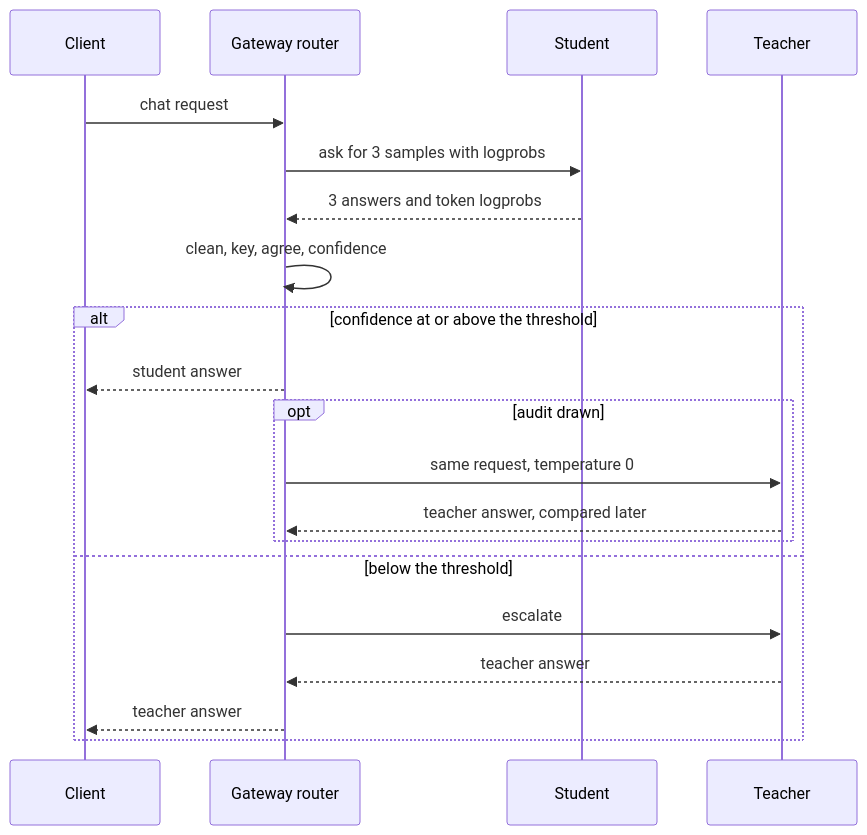
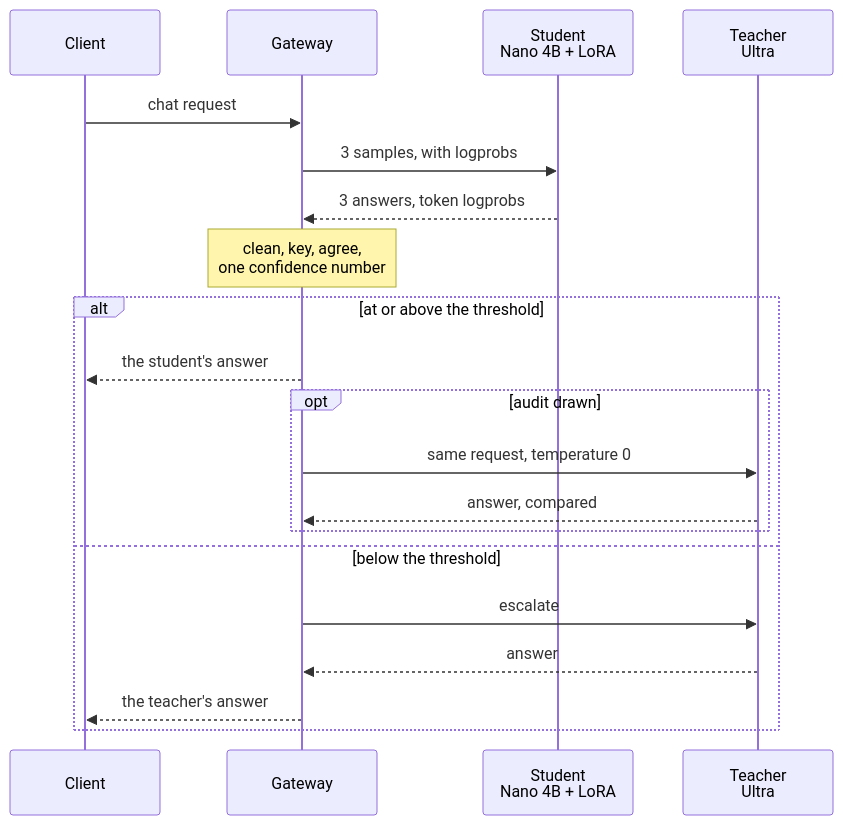
The first of 4 diagrams in docs-site/src/content/docs/guides/confidence.mdx (harshbhx/ratchet), drawn with Mermaid before and after one commit. The commit also changed other lines of this file and 25 other files, not shown here.

````diff
--- a/docs-site/src/content/docs/guides/confidence.mdx
+++ b/docs-site/src/content/docs/guides/confidence.mdx
@@ -27,22 +40,22 @@
 ```mermaid
 sequenceDiagram
-    participant C as Client
-    participant G as Gateway router
-    participant S as Student
-    participant T as Teacher
-    C->>G: chat request
-    G->>S: ask for 3 samples with logprobs
-    S-->>G: 3 answers and token logprobs
-    G->>G: clean, key, agree, confidence
-    alt confidence at or above the threshold
-        G-->>C: student answer
-        opt audit drawn
-            G->>T: same request, temperature 0
-            T-->>G: teacher answer, compared later
-        end
-    else below the threshold
-        G->>T: escalate
-        T-->>G: teacher answer
-        G-->>C: teacher answer
+  participant C as Client
+  participant G as Gateway
+  participant Student as Student<br/>Nano 4B + LoRA
+  participant Teacher as Teacher<br/>Ultra
+  C->>G: chat request
+  G->>Student: 3 samples, with logprobs
+  Student-->>G: 3 answers, token logprobs
+  Note over G: clean, key, agree,<br/>one confidence number
+  alt at or above the threshold
+    G-->>C: the student's answer
+    opt audit drawn
+      G->>Teacher: same request, temperature 0
+      Teacher-->>G: answer, compared
     end
+  else below the threshold
+    G->>Teacher: escalate
+    Teacher-->>G: answer
+    G-->>C: the teacher's answer
+  end
 ```
````
